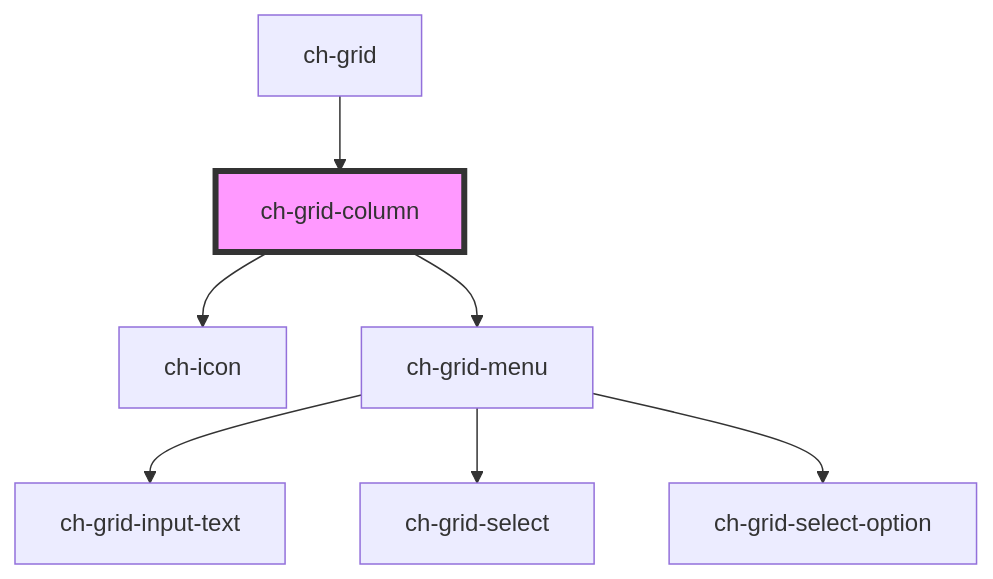
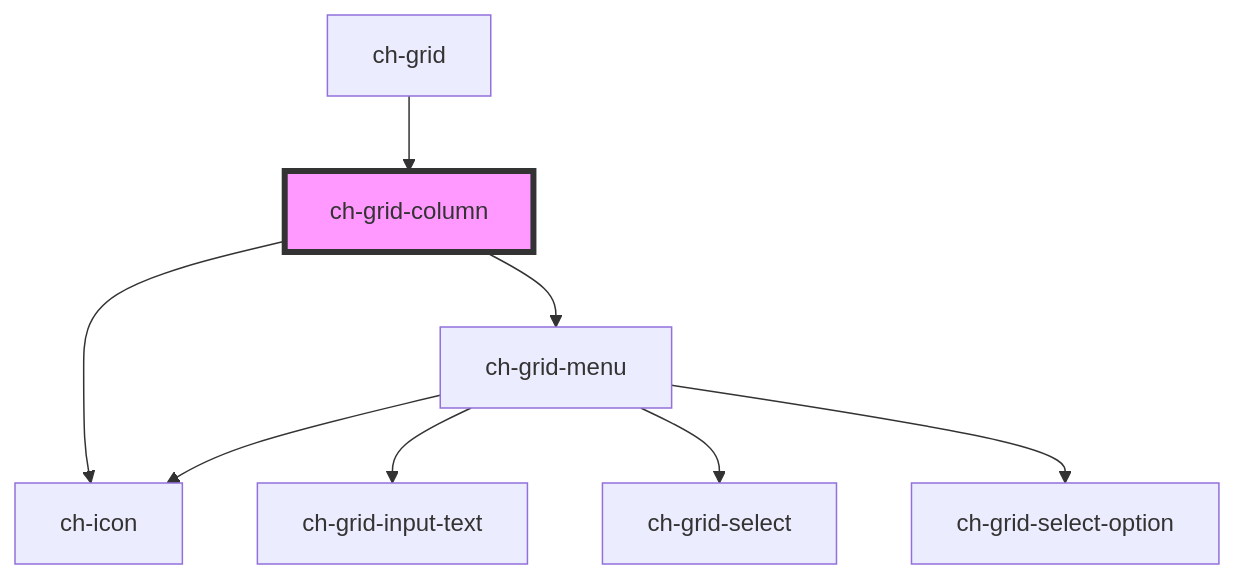
The diagram in src/components/grid-column/readme.md (genexuslabs/chameleon-controls-library), drawn with Mermaid before and after one commit. The commit also changed 26 other files, not shown here.

````diff
--- a/src/components/grid-column/readme.md
+++ b/src/components/grid-column/readme.md
@@ -32,10 +32,11 @@
 ```mermaid
 graph TD;
   ch-grid-column --> ch-icon
   ch-grid-column --> ch-grid-menu
   ch-grid-menu --> ch-grid-input-text
   ch-grid-menu --> ch-grid-select
   ch-grid-menu --> ch-grid-select-option
+  ch-grid-menu --> ch-icon
   ch-grid --> ch-grid-column
   style ch-grid-column fill:#f9f,stroke:#333,stroke-width:4px
 ```
````
